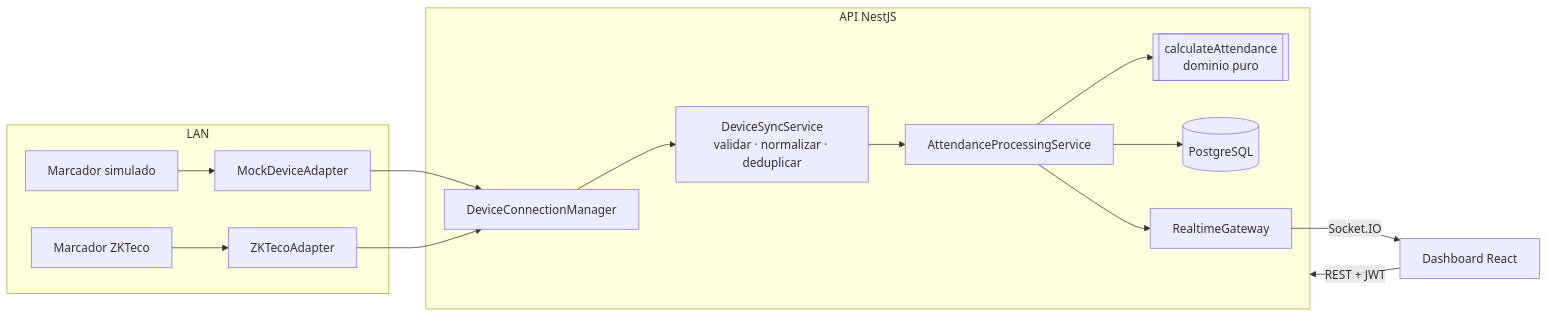
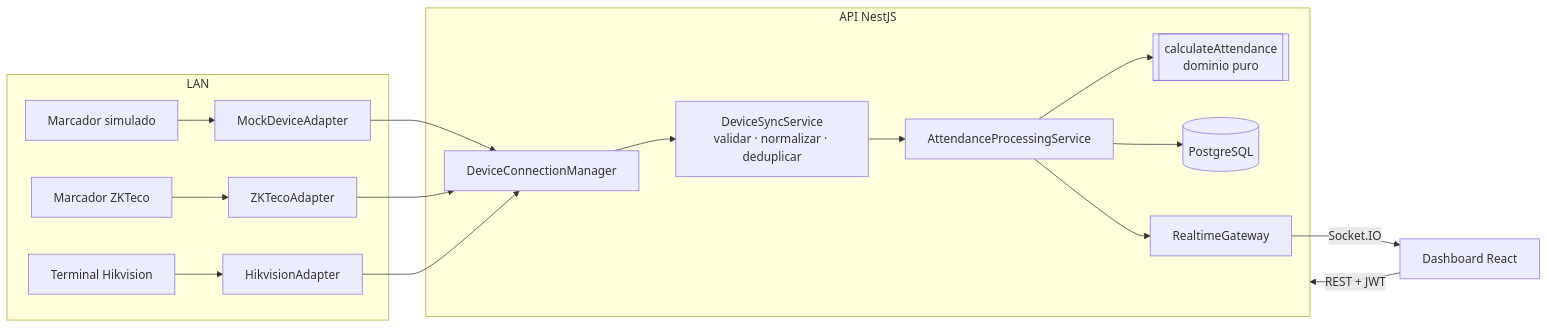
One commit to Angel17jc/AsistControl changed the diagram in README.md. Above: the diagram before and after it, drawn with Mermaid. The commit also changed other lines of this file and 19 other files, not shown here.

First line of the commit message:
feat(biometric-core): add experimental Hikvision ISAPI adapter (#36)

````diff
--- a/README.md
+++ b/README.md
@@ -49,18 +49,20 @@
 ```mermaid
 flowchart LR
   subgraph LAN
     D1[Marcador ZKTeco] --> A2
+    D3[Terminal Hikvision] --> A3
     D2[Marcador simulado] --> A1
   end
   subgraph API[API NestJS]
     A1[MockDeviceAdapter] --> CM[DeviceConnectionManager]
     A2[ZKTecoAdapter] --> CM
+    A3[HikvisionAdapter] --> CM
     CM --> SYNC[DeviceSyncService<br/>validar · normalizar · deduplicar]
     SYNC --> ATT[AttendanceProcessingService]
     ATT --> CALC[[calculateAttendance<br/>dominio puro]]
     ATT --> DB[(PostgreSQL)]
     ATT --> RT[RealtimeGateway]
   end
   RT -- Socket.IO --> WEB[Dashboard React]
   WEB -- REST + JWT --> API
 ```
````
